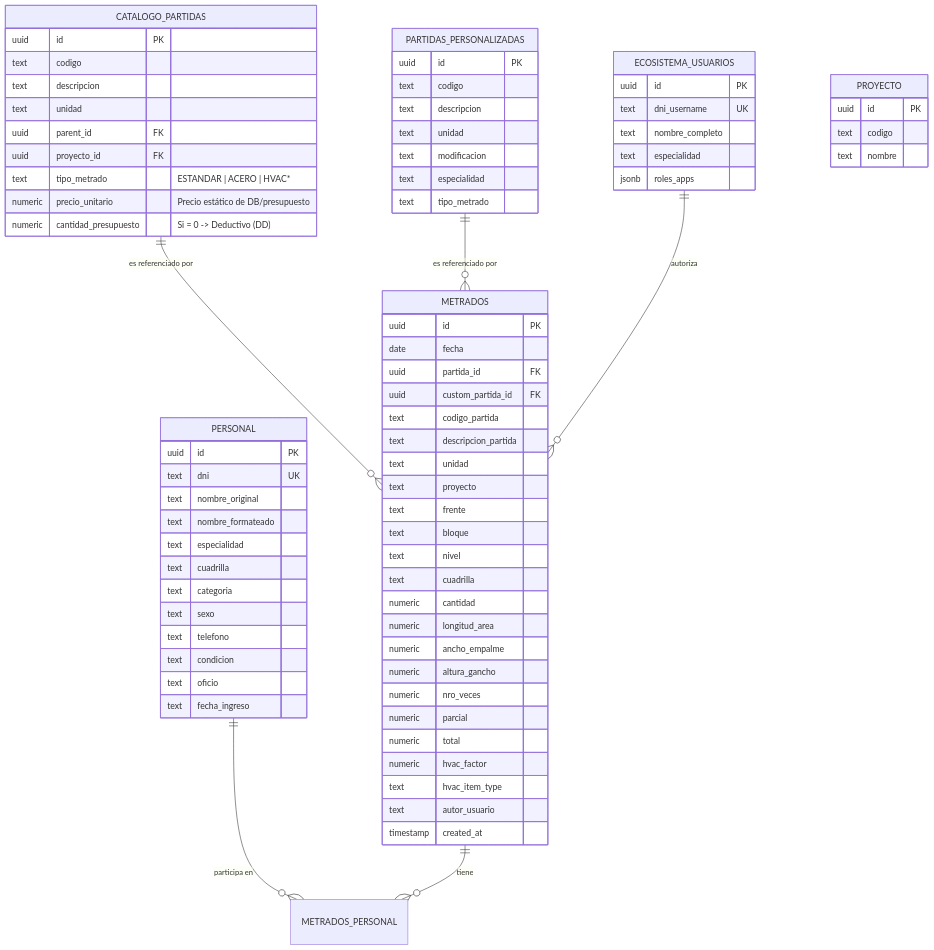
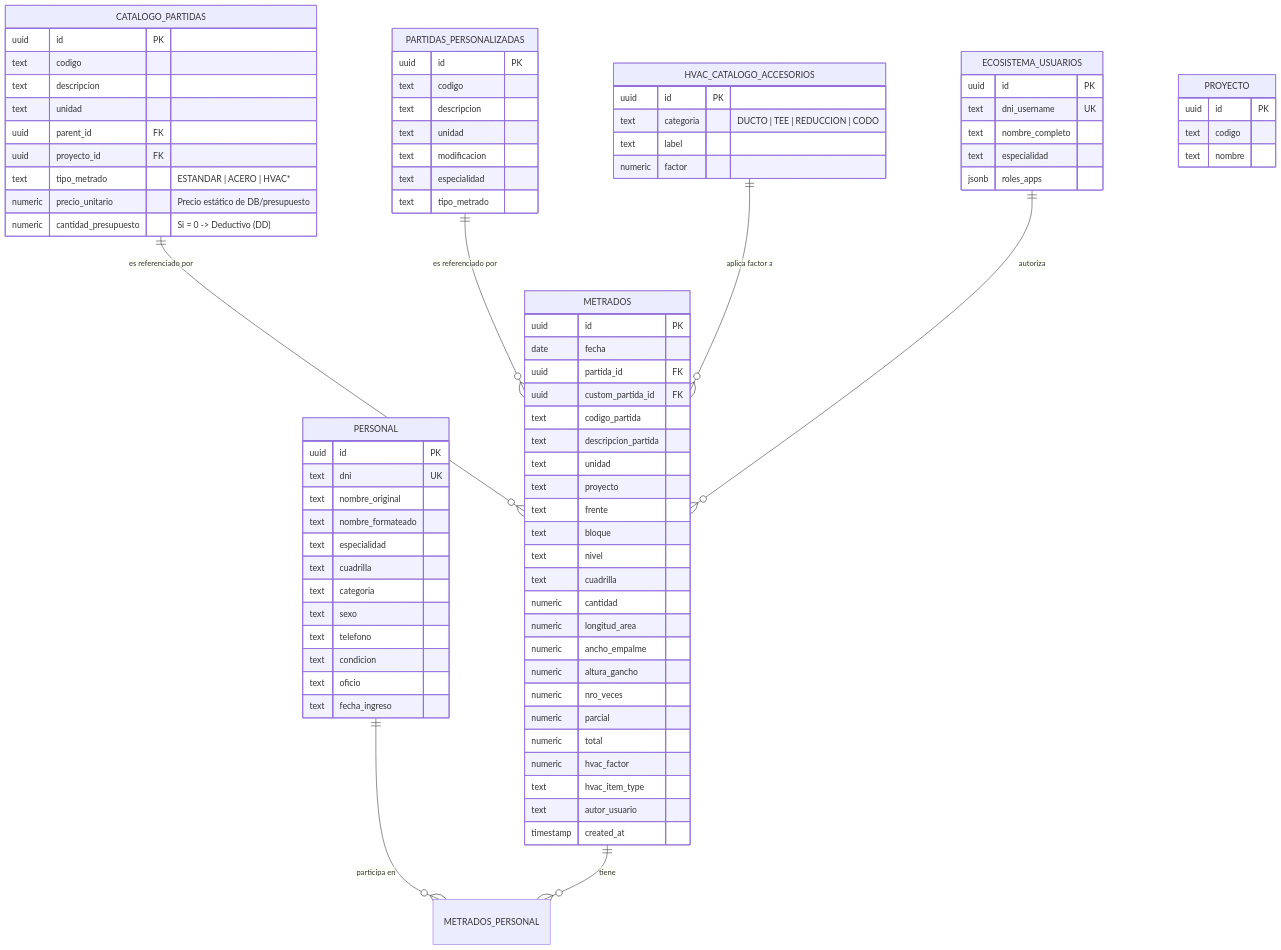
The diagram in SQL_Architecture_Master_Guide.md (JorgeCusco/3_Entregable_web_buscador_de_metrados), drawn with Mermaid before and after one commit. The commit also changed 14 other files, not shown here.

Commit message:
feat: implementar motor de formulas dinamico y catalogo HVAC en Supabase

```diff
--- a/SQL_Architecture_Master_Guide.md
+++ b/SQL_Architecture_Master_Guide.md
@@ -13,7 +13,15 @@
     CATALOGO_PARTIDAS ||--o{ METRADOS : "es referenciado por"
     PARTIDAS_PERSONALIZADAS ||--o{ METRADOS : "es referenciado por"
     PERSONAL ||--o{ METRADOS_PERSONAL : "participa en"
+    HVAC_CATALOGO_ACCESORIOS ||--o{ METRADOS : "aplica factor a"
     
+    HVAC_CATALOGO_ACCESORIOS {
+        uuid id PK
+        text categoria "DUCTO | TEE | REDUCCION | CODO"
+        text label
+        numeric factor
+    }
+
     PARTIDAS_PERSONALIZADAS {
         uuid id PK
         text codigo
```
